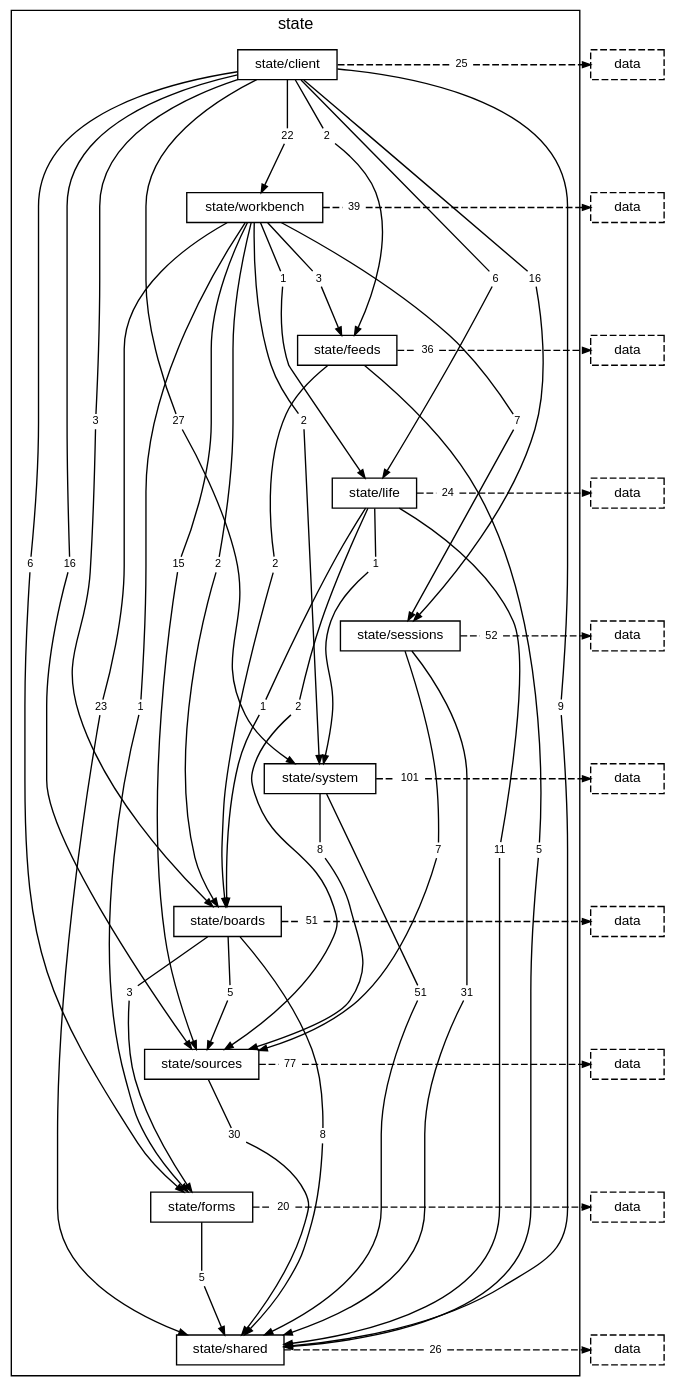
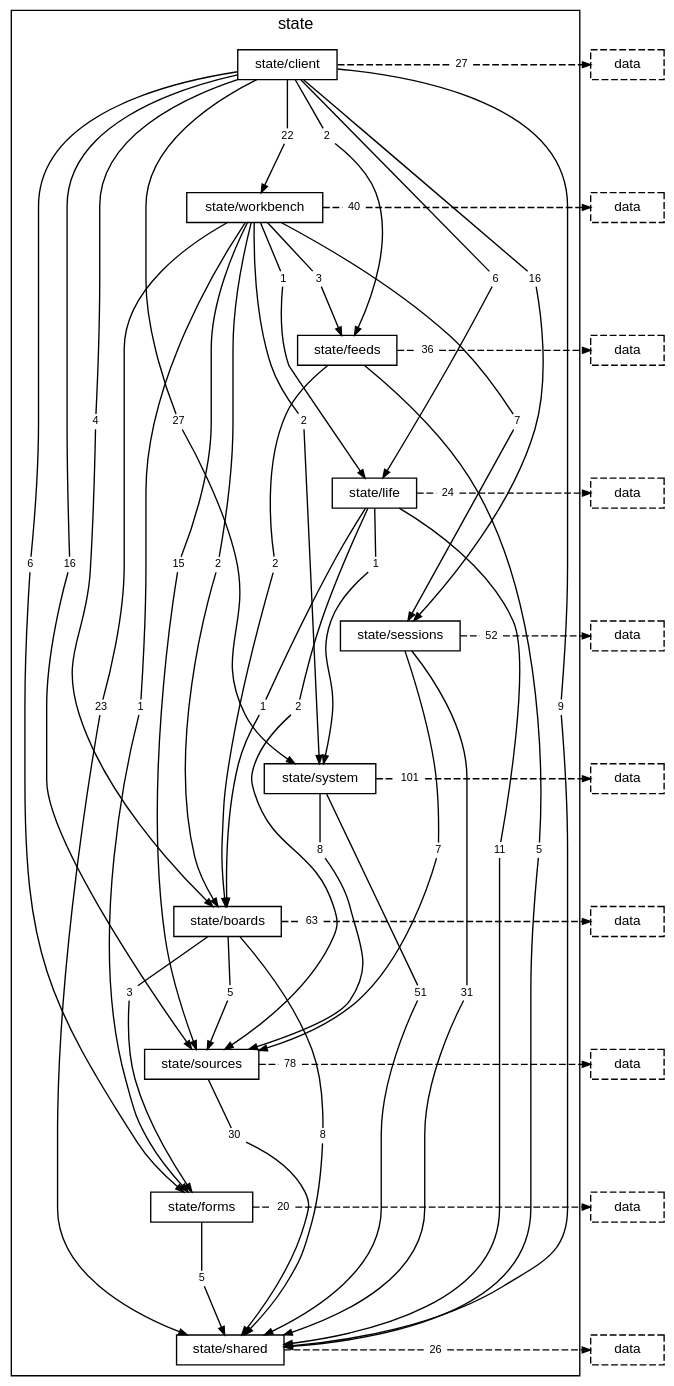
Before and after one commit to TheAxeC/oculus: the diagram in docs/diagrams/layer-state.dot, drawn with Graphviz. The commit also changed 165 other files, not shown here.

```diff
--- a/docs/diagrams/layer-state.dot
+++ b/docs/diagrams/layer-state.dot
@@ -14,7 +14,7 @@
         "folder state/sources" [label="state/sources"];
         "folder state/forms" [label="state/forms"];
         "folder state/shared" [label="state/shared"];
-        "folder state/client to folder state/boards" [label="3", shape=box, color="transparent", fontsize=8, width=0, height=0, margin="0.04,0.02"];
+        "folder state/client to folder state/boards" [label="4", shape=box, color="transparent", fontsize=8, width=0, height=0, margin="0.04,0.02"];
         "folder state/client to folder state/feeds" [label="2", shape=box, color="transparent", fontsize=8, width=0, height=0, margin="0.04,0.02"];
         "folder state/client to folder state/forms" [label="6", shape=box, color="transparent", fontsize=8, width=0, height=0, margin="0.04,0.02"];
         "folder state/client to folder state/life" [label="6", shape=box, color="transparent", fontsize=8, width=0, height=0, margin="0.04,0.02"];
@@ -23,7 +23,7 @@
         "folder state/client to folder state/sources" [label="16", shape=box, color="transparent", fontsize=8, width=0, height=0, margin="0.04,0.02"];
         "folder state/client to folder state/system" [label="27", shape=box, color="transparent", fontsize=8, width=0, height=0, margin="0.04,0.02"];
         "folder state/client to folder state/workbench" [label="22", shape=box, color="transparent", fontsize=8, width=0, height=0, margin="0.04,0.02"];
-        "folder state/client to layer data" [label="25", shape=box, color="transparent", fontsize=8, width=0, height=0, margin="0.04,0.02"];
+        "folder state/client to layer data" [label="27", shape=box, color="transparent", fontsize=8, width=0, height=0, margin="0.04,0.02"];
         "folder state/workbench to folder state/boards" [label="2", shape=box, color="transparent", fontsize=8, width=0, height=0, margin="0.04,0.02"];
         "folder state/workbench to folder state/feeds" [label="3", shape=box, color="transparent", fontsize=8, width=0, height=0, margin="0.04,0.02"];
         "folder state/workbench to folder state/forms" [label="1", shape=box, color="transparent", fontsize=8, width=0, height=0, margin="0.04,0.02"];
@@ -32,7 +32,7 @@
         "folder state/workbench to folder state/shared" [label="23", shape=box, color="transparent", fontsize=8, width=0, height=0, margin="0.04,0.02"];
         "folder state/workbench to folder state/sources" [label="15", shape=box, color="transparent", fontsize=8, width=0, height=0, margin="0.04,0.02"];
         "folder state/workbench to folder state/system" [label="2", shape=box, color="transparent", fontsize=8, width=0, height=0, margin="0.04,0.02"];
-        "folder state/workbench to layer data" [label="39", shape=box, color="transparent", fontsize=8, width=0, height=0, margin="0.04,0.02"];
+        "folder state/workbench to layer data" [label="40", shape=box, color="transparent", fontsize=8, width=0, height=0, margin="0.04,0.02"];
         "folder state/feeds to folder state/boards" [label="2", shape=box, color="transparent", fontsize=8, width=0, height=0, margin="0.04,0.02"];
         "folder state/feeds to folder state/shared" [label="5", shape=box, color="transparent", fontsize=8, width=0, height=0, margin="0.04,0.02"];
         "folder state/feeds to layer data" [label="36", shape=box, color="transparent", fontsize=8, width=0, height=0, margin="0.04,0.02"];
@@ -50,9 +50,9 @@
         "folder state/boards to folder state/forms" [label="3", shape=box, color="transparent", fontsize=8, width=0, height=0, margin="0.04,0.02"];
         "folder state/boards to folder state/shared" [label="8", shape=box, color="transparent", fontsize=8, width=0, height=0, margin="0.04,0.02"];
         "folder state/boards to folder state/sources" [label="5", shape=box, color="transparent", fontsize=8, width=0, height=0, margin="0.04,0.02"];
-        "folder state/boards to layer data" [label="51", shape=box, color="transparent", fontsize=8, width=0, height=0, margin="0.04,0.02"];
+        "folder state/boards to layer data" [label="63", shape=box, color="transparent", fontsize=8, width=0, height=0, margin="0.04,0.02"];
         "folder state/sources to folder state/shared" [label="30", shape=box, color="transparent", fontsize=8, width=0, height=0, margin="0.04,0.02"];
-        "folder state/sources to layer data" [label="77", shape=box, color="transparent", fontsize=8, width=0, height=0, margin="0.04,0.02"];
+        "folder state/sources to layer data" [label="78", shape=box, color="transparent", fontsize=8, width=0, height=0, margin="0.04,0.02"];
         "folder state/forms to folder state/shared" [label="5", shape=box, color="transparent", fontsize=8, width=0, height=0, margin="0.04,0.02"];
         "folder state/forms to layer data" [label="20", shape=box, color="transparent", fontsize=8, width=0, height=0, margin="0.04,0.02"];
         "folder state/shared to layer data" [label="26", shape=box, color="transparent", fontsize=8, width=0, height=0, margin="0.04,0.02"];
```
